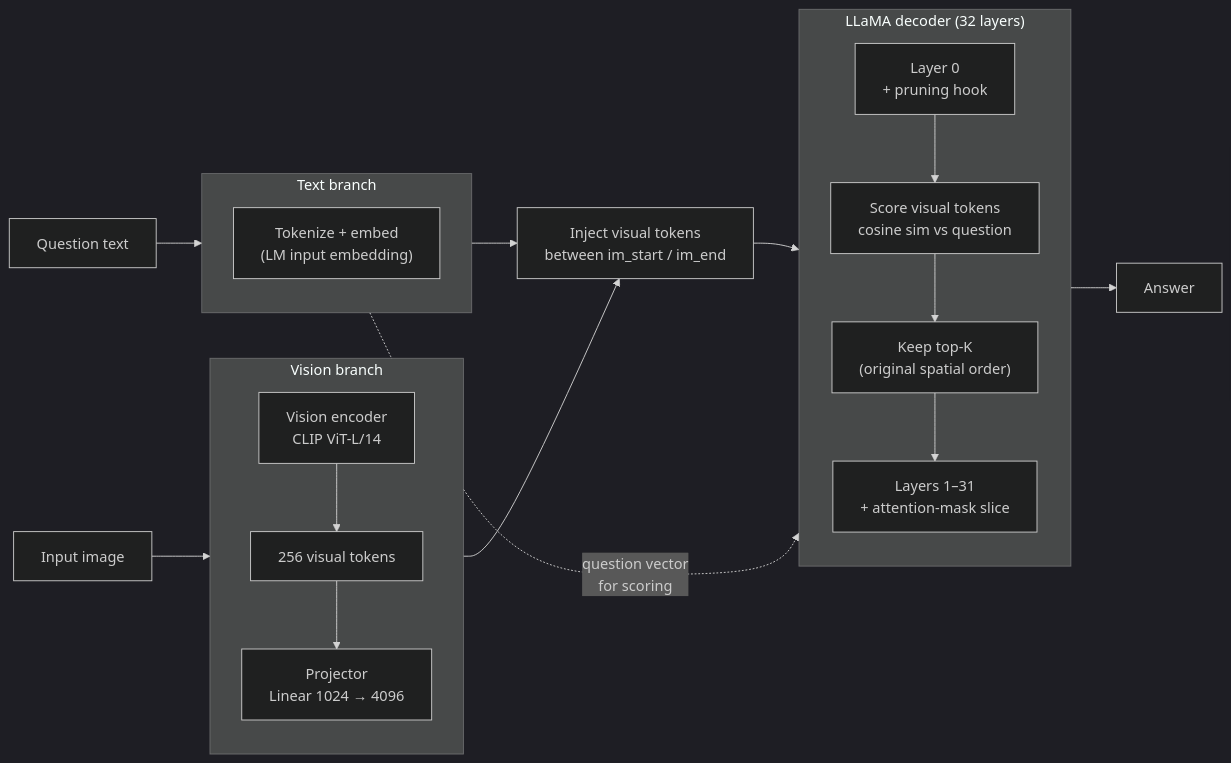
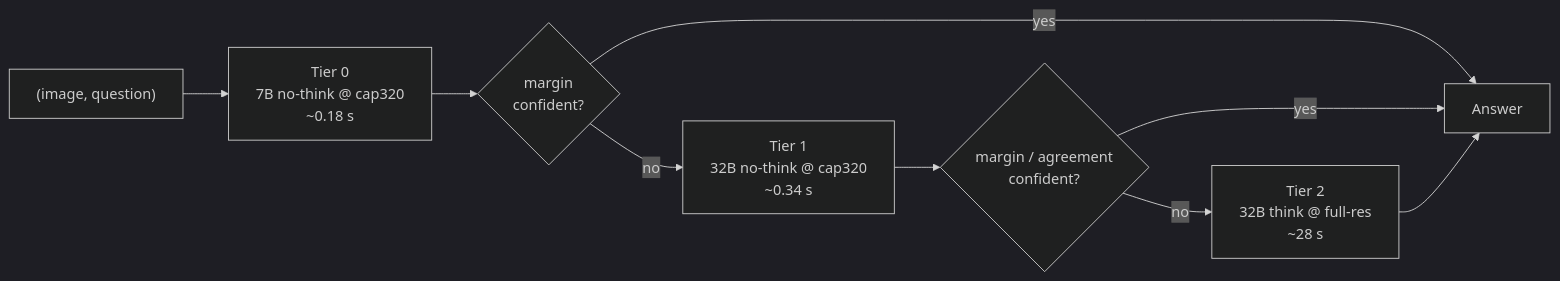
Before and after one commit to Leokuan0208/question-aware-vtp-medvlm: the diagram in docs/project.md, drawn with Mermaid (dark theme). The commit also changed other lines of this file and 17 other files, not shown here.

First line of the commit message:
Site overhaul: reframe from visual-token pruning to model cascade

````diff
--- a/docs/project.md
+++ b/docs/project.md
@@ -95,39 +70,16 @@
 ```mermaid
 flowchart LR
-  IMG["Input image"]
-  Q["Question text"]
+  Q["(image, question)"]
+  T0["Tier 0<br/>7B no-think @ cap320<br/>~0.18 s"]
+  G0{"margin<br/>confident?"}
+  T1["Tier 1<br/>32B no-think @ cap320<br/>~0.34 s"]
+  G1{"margin / agreement<br/>confident?"}
+  T2["Tier 2<br/>32B think @ full-res<br/>~28 s"]
+  A["Answer"]
 
-  subgraph VIS["Vision branch"]
-    direction TB
-    VE["Vision encoder<br/>CLIP ViT-L/14"]
-    VT["256 visual tokens"]
-    PROJ["Projector<br/>Linear 1024 → 4096"]
-    VE --> VT --> PROJ
-  end
-
-  subgraph TXT["Text branch"]
-    direction TB
-    TOK["Tokenize + embed<br/>(LM input embedding)"]
-  end
-
-  EMB["Inject visual tokens<br/>between im_start / im_end"]
-
-  subgraph LLM["LLaMA decoder (32 layers)"]
-    direction TB
-    L0["Layer 0<br/>+ pruning hook"]
-    SCORE["Score visual tokens<br/>cosine sim vs question"]
-    KEEP["Keep top-K<br/>(original spatial order)"]
-    L1["Layers 1–31<br/>+ attention-mask slice"]
-    L0 --> SCORE --> KEEP --> L1
-  end
-
-  ANS["Answer"]
-
-  IMG --> VE
-  Q --> TOK
-  PROJ --> EMB
-  TOK --> EMB
-  EMB --> L0
-  TOK -. "question vector<br/>for scoring" .-> SCORE
-  L1 --> ANS
+  Q --> T0 --> G0
+  G0 -- yes --> A
+  G0 -- no --> T1 --> G1
+  G1 -- yes --> A
+  G1 -- no --> T2 --> A
 ```
````
